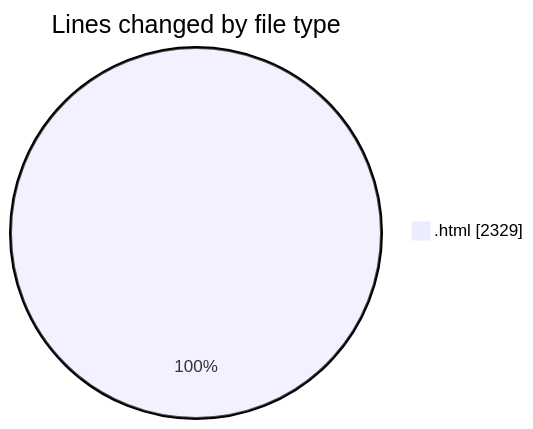
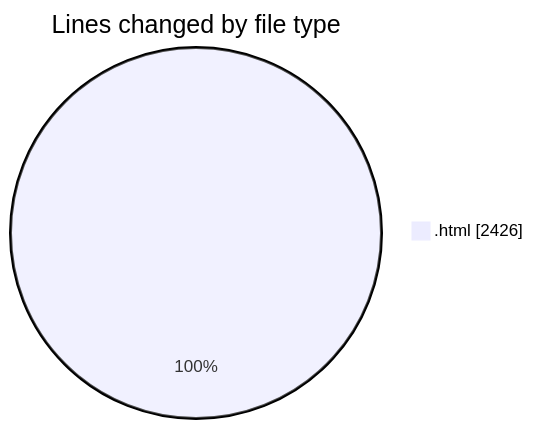
Before and after one commit to Ritupan-Deka/code-tracking: the first of 2 diagrams in 2025-06-17/projects/README.md, drawn with Mermaid. The commit also changed other lines of this file and 1 other file, not shown here.

````diff
--- a/2025-06-17/projects/README.md
+++ b/2025-06-17/projects/README.md
@@ -21,5 +21,5 @@
 ```mermaid
 pie showData
 title Lines changed by file type
-".html" : 2329
+".html" : 2426
 ```
````
